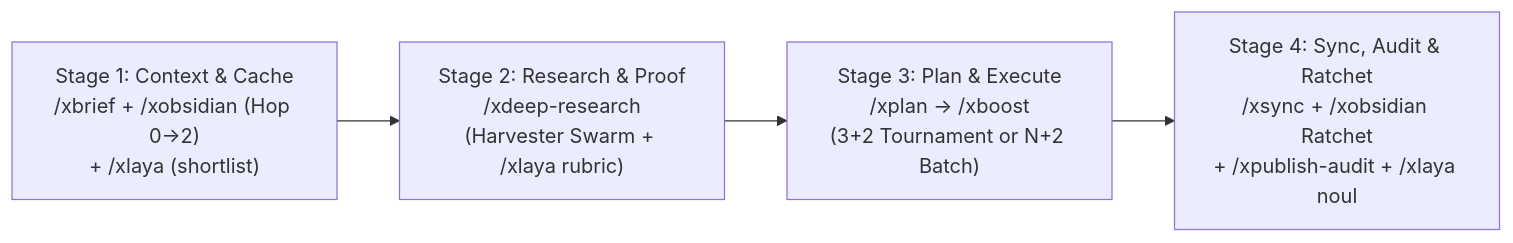
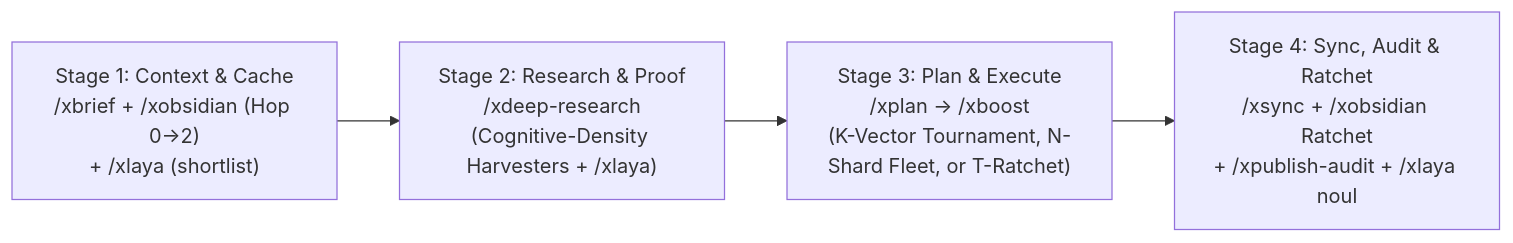
The diagram in skills/xultra/SKILL.md (iscvlab/boostx), drawn with Mermaid before and after one commit. The commit also changed other lines of this file and 14 other files, not shown here.

Commit message:
feat(xultra): implement Elastic Cognitive Swarm (N x K x T) & 4-Law Sizing Framework across all 13 /x* skills

````diff
--- a/skills/xultra/SKILL.md
+++ b/skills/xultra/SKILL.md
@@ -36,6 +57,6 @@
 ```mermaid
 flowchart LR
-    S1["Stage 1: Context & Cache<br>/xbrief + /xobsidian (Hop 0→2)<br>+ /xlaya (shortlist)"] --> S2["Stage 2: Research & Proof<br>/xdeep-research<br>(Harvester Swarm + /xlaya rubric)"]
-    S2 --> S3["Stage 3: Plan & Execute<br>/xplan → /xboost<br>(3+2 Tournament or N+2 Batch)"]
+    S1["Stage 1: Context & Cache<br>/xbrief + /xobsidian (Hop 0→2)<br>+ /xlaya (shortlist)"] --> S2["Stage 2: Research & Proof<br>/xdeep-research<br>(Cognitive-Density Harvesters + /xlaya)"]
+    S2 --> S3["Stage 3: Plan & Execute<br>/xplan → /xboost<br>(K-Vector Tournament, N-Shard Fleet, or T-Ratchet)"]
     S3 --> S4["Stage 4: Sync, Audit & Ratchet<br>/xsync + /xobsidian Ratchet<br>+ /xpublish-audit + /xlaya noul"]
 ```
````
